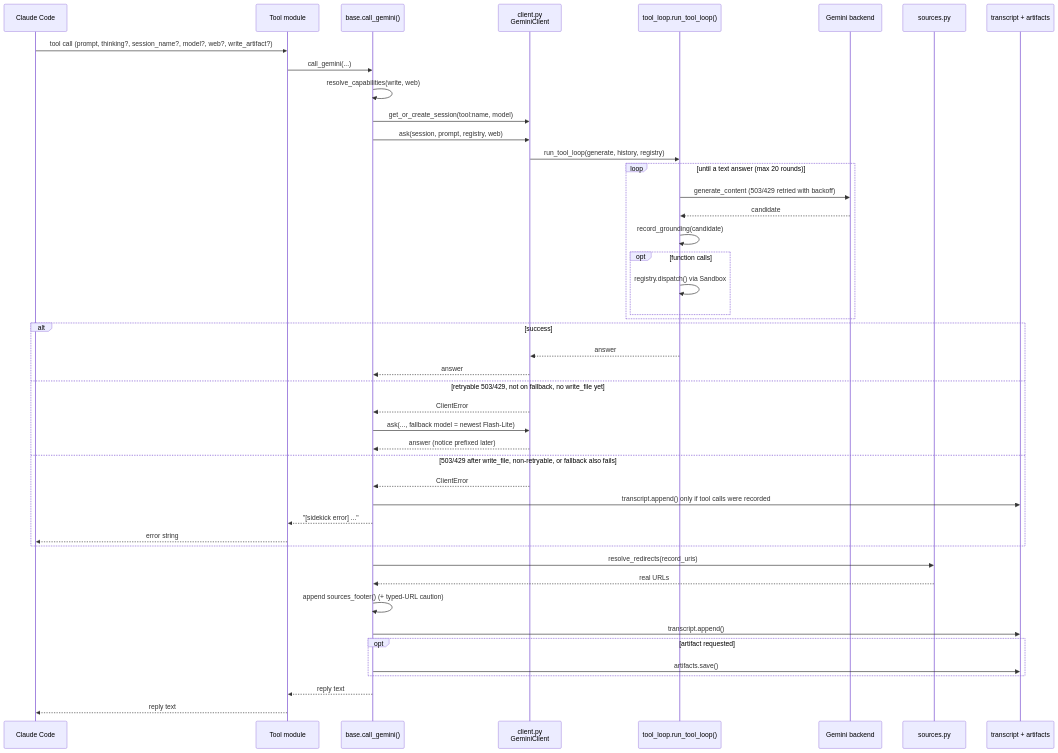
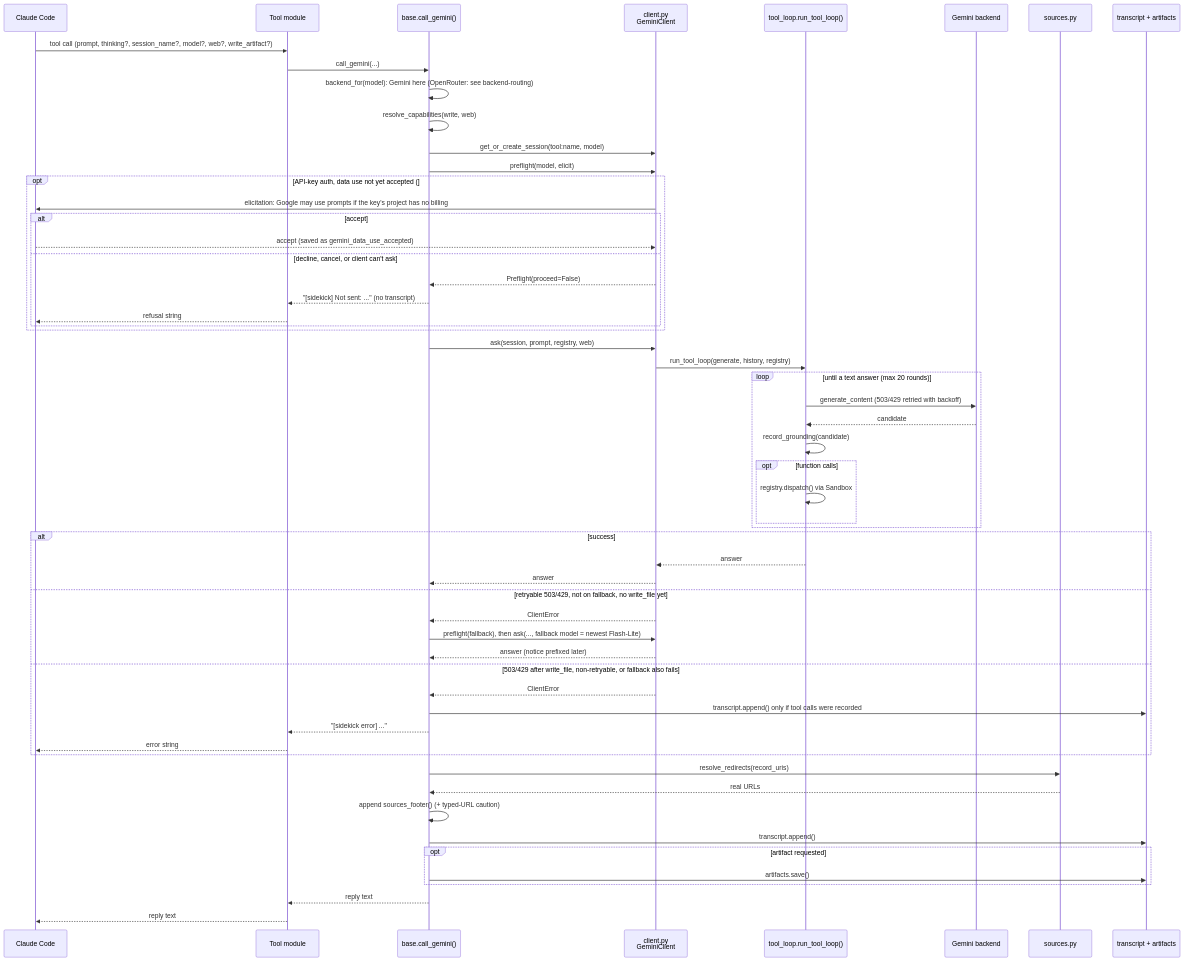
Before and after one commit to FlintAndFilament/sidekick: the diagram in docs/diagrams/generating-call.mermaid, drawn with Mermaid. The commit also changed 20 other files, not shown here.

```diff
--- a/docs/diagrams/generating-call.mermaid
+++ b/docs/diagrams/generating-call.mermaid
@@ -1,46 +1,58 @@
 sequenceDiagram
     participant CC as Claude Code
     participant T as Tool module
     participant B as base.call_gemini()
     participant C as client.py<br/>GeminiClient
     participant L as tool_loop.run_tool_loop()
     participant G as Gemini backend
     participant S as sources.py
     participant W as transcript + artifacts
 
     CC->>T: tool call (prompt, thinking?, session_name?, model?, web?, write_artifact?)
     T->>B: call_gemini(...)
+    B->>B: backend_for(model): Gemini here (OpenRouter: see backend-routing)
     B->>B: resolve_capabilities(write, web)
     B->>C: get_or_create_session(tool:name, model)
+    B->>C: preflight(model, elicit)
+    opt API-key auth, data use not yet accepted (#142)
+        C->>CC: elicitation: Google may use prompts if the key's project has no billing
+        alt accept
+            CC-->>C: accept (saved as gemini_data_use_accepted)
+        else decline, cancel, or client can't ask
+            C-->>B: Preflight(proceed=False)
+            B-->>T: "[sidekick] Not sent: ..." (no transcript)
+            T-->>CC: refusal string
+        end
+    end
     B->>C: ask(session, prompt, registry, web)
     C->>L: run_tool_loop(generate, history, registry)
     loop until a text answer (max 20 rounds)
         L->>G: generate_content (503/429 retried with backoff)
         G-->>L: candidate
         L->>L: record_grounding(candidate)
         opt function calls
             L->>L: registry.dispatch() via Sandbox
         end
     end
     alt success
         L-->>C: answer
         C-->>B: answer
     else retryable 503/429, not on fallback, no write_file yet
         C-->>B: ClientError
-        B->>C: ask(..., fallback model = newest Flash-Lite)
+        B->>C: preflight(fallback), then ask(..., fallback model = newest Flash-Lite)
         C-->>B: answer (notice prefixed later)
     else 503/429 after write_file, non-retryable, or fallback also fails
         C-->>B: ClientError
         B->>W: transcript.append() only if tool calls were recorded
         B-->>T: "[sidekick error] ..."
         T-->>CC: error string
     end
     B->>S: resolve_redirects(record_uris)
     S-->>B: real URLs
     B->>B: append sources_footer() (+ typed-URL caution)
     B->>W: transcript.append()
     opt artifact requested
         B->>W: artifacts.save()
     end
     B-->>T: reply text
     T-->>CC: reply text
```
